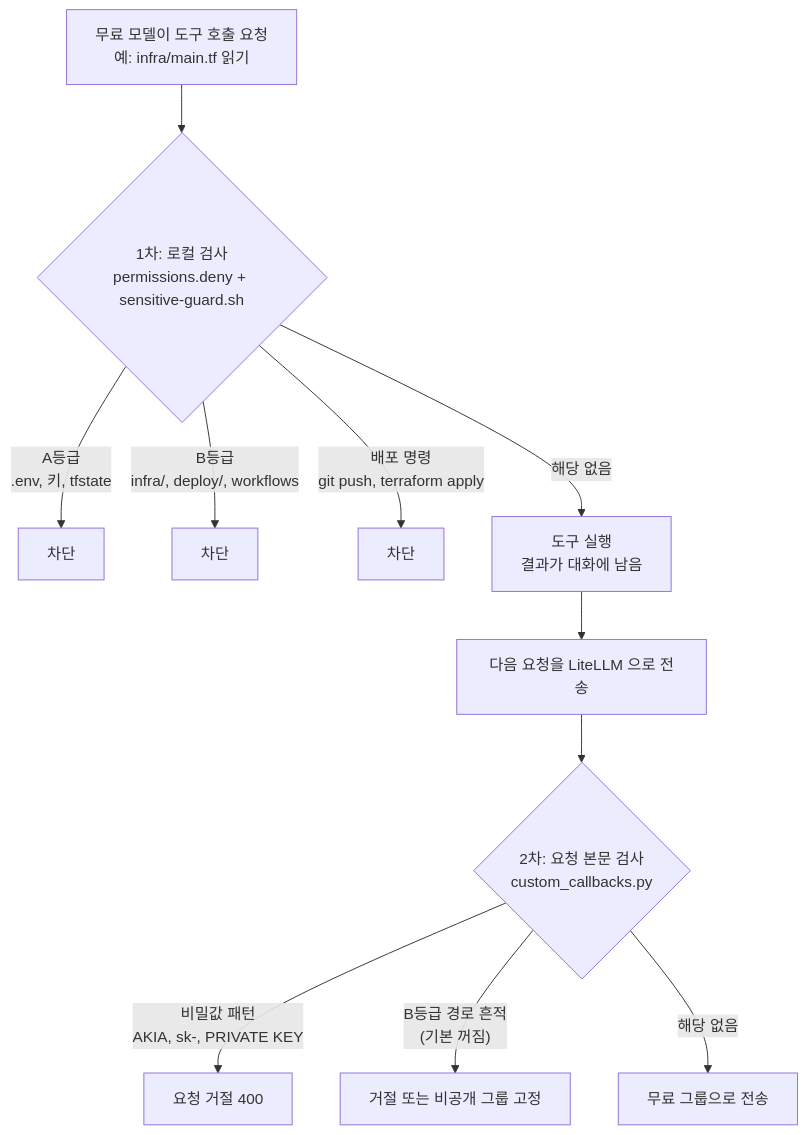
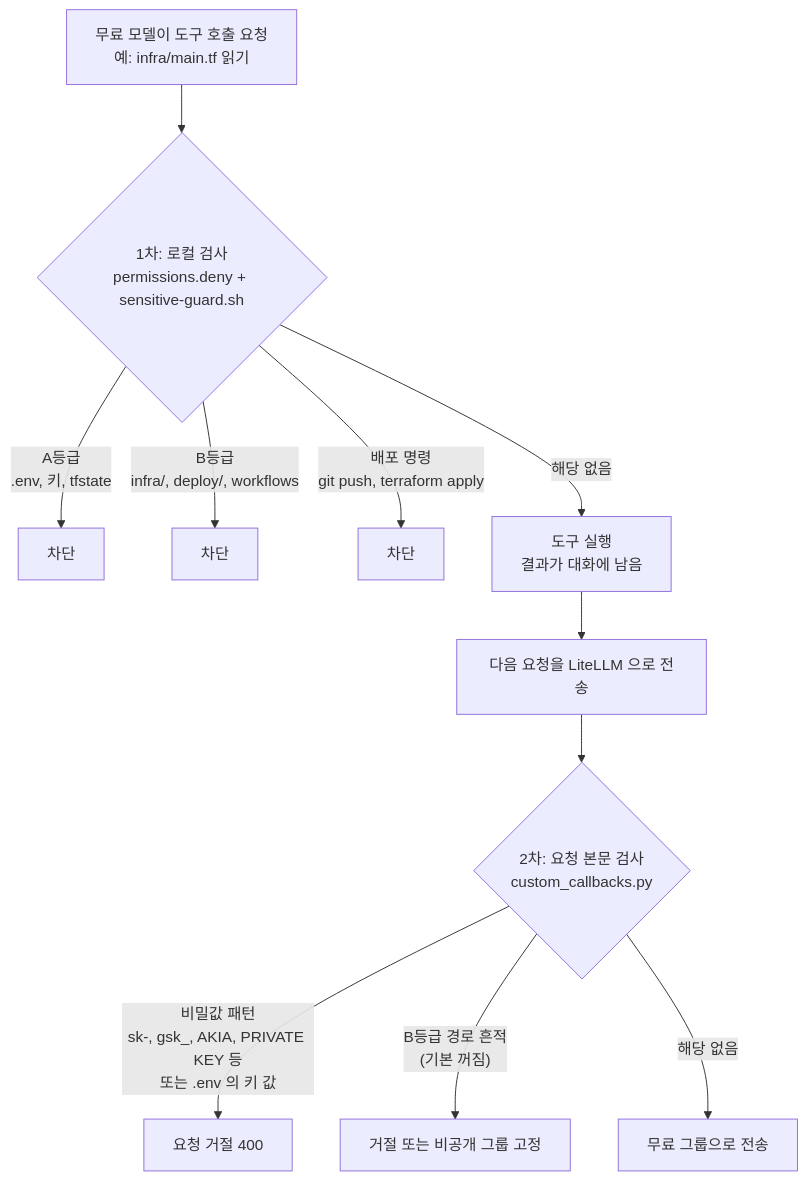
One commit to LonerStayle/claude-free-settings changed the second of 2 diagrams in README.md. Above: the diagram before and after it, drawn with Mermaid. The commit also changed other lines of this file and 5 other files, not shown here.

````diff
--- a/README.md
+++ b/README.md
@@ -56,16 +56,16 @@
 ```mermaid
 flowchart TD
     A["무료 모델이 도구 호출 요청<br/>예: infra/main.tf 읽기"] --> B{"1차: 로컬 검사<br/>permissions.deny + sensitive-guard.sh"}
 
     B -- "A등급<br/>.env, 키, tfstate" --> X1["차단"]
     B -- "B등급<br/>infra/, deploy/, workflows" --> X2["차단"]
     B -- "배포 명령<br/>git push, terraform apply" --> X3["차단"]
     B -- "해당 없음" --> R["도구 실행<br/>결과가 대화에 남음"]
 
     R --> P["다음 요청을 LiteLLM 으로 전송"]
     P --> D{"2차: 요청 본문 검사<br/>custom_callbacks.py"}
 
-    D -- "비밀값 패턴<br/>AKIA, sk-, PRIVATE KEY" --> Y1["요청 거절 400"]
+    D -- "비밀값 패턴<br/>sk-, gsk_, AKIA, PRIVATE KEY 등<br/>또는 .env 의 키 값" --> Y1["요청 거절 400"]
     D -- "B등급 경로 흔적<br/>(기본 꺼짐)" --> Y2["거절 또는 비공개 그룹 고정"]
     D -- "해당 없음" --> OK["무료 그룹으로 전송"]
 ```
````
